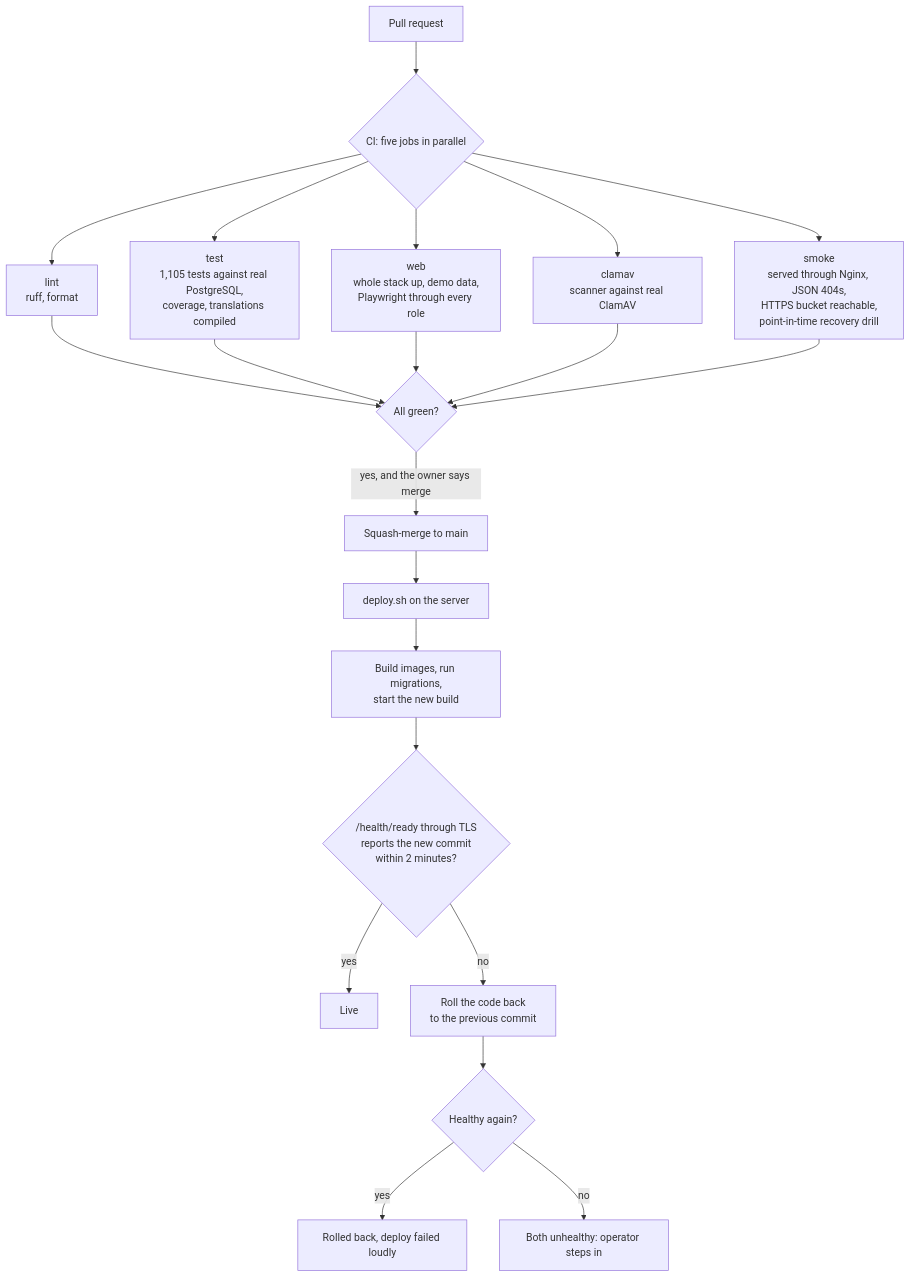
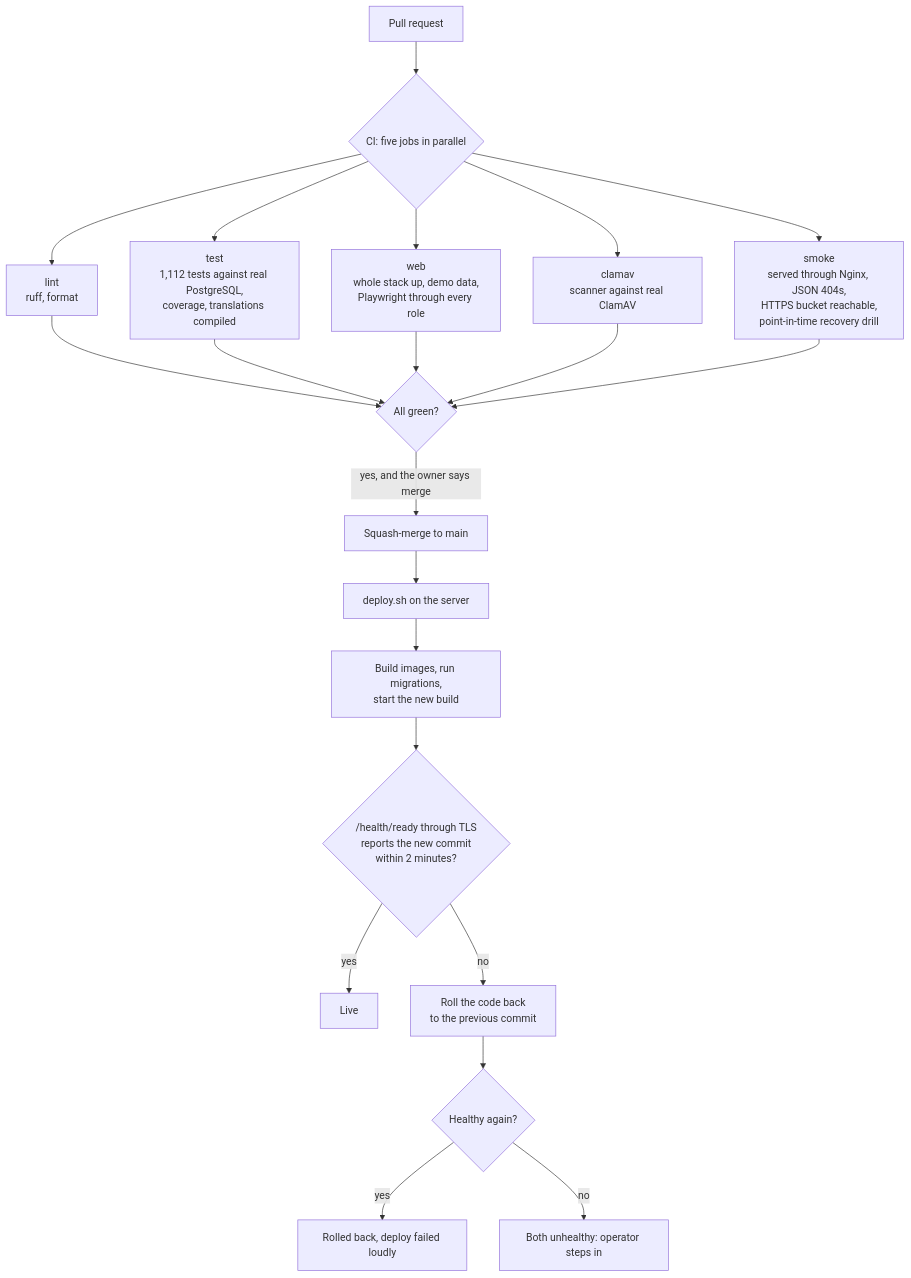
Diagram 23 of 23 in docs/diagrams.md (IshtiakSaad/GRS-Project), drawn with Mermaid before and after one commit. The commit also changed 12 other files, not shown here.

````diff
--- a/docs/diagrams.md
+++ b/docs/diagrams.md
@@ -665,19 +665,19 @@
 ```mermaid
 flowchart TD
   pr[Pull request] --> ci{CI: five jobs in parallel}
   ci --> lint[lint<br/>ruff, format]
-  ci --> test[test<br/>1,105 tests against real PostgreSQL,<br/>coverage, translations compiled]
+  ci --> test[test<br/>1,112 tests against real PostgreSQL,<br/>coverage, translations compiled]
   ci --> web[web<br/>whole stack up, demo data,<br/>Playwright through every role]
   ci --> clam[clamav<br/>scanner against real ClamAV]
   ci --> smoke[smoke<br/>served through Nginx, JSON 404s,<br/>HTTPS bucket reachable,<br/>point-in-time recovery drill]
   lint & test & web & clam & smoke --> green{All green?}
   green -->|yes, and the owner says merge| merge[Squash-merge to main]
   merge --> deploy[deploy.sh on the server]
   deploy --> build[Build images, run migrations,<br/>start the new build]
   build --> health{/health/ready through TLS<br/>reports the new commit<br/>within 2 minutes?}
   health -->|yes| live[Live]
   health -->|no| back[Roll the code back<br/>to the previous commit]
   back --> health2{Healthy again?}
   health2 -->|yes| rolled[Rolled back, deploy failed loudly]
   health2 -->|no| page[Both unhealthy: operator steps in]
 ```
````
